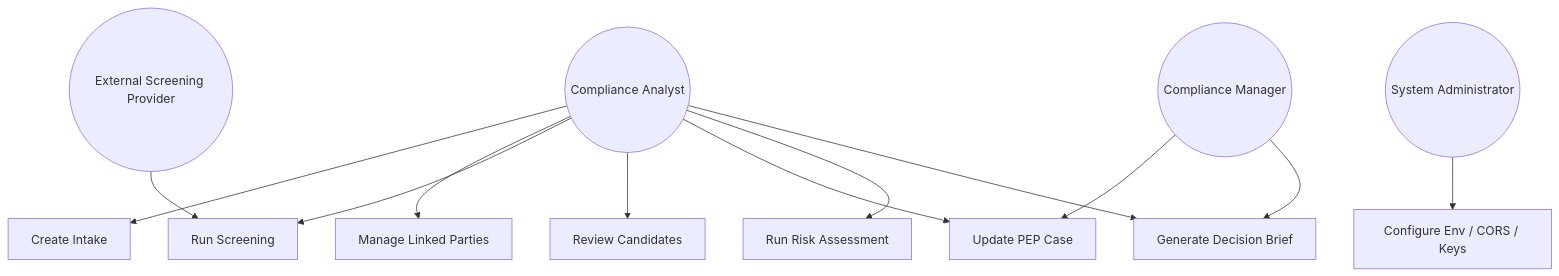
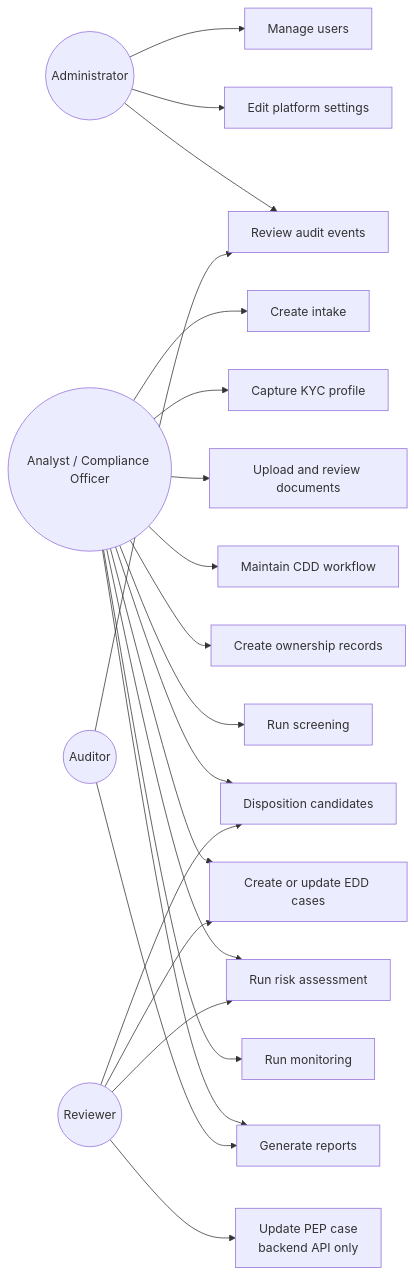
The fourth of 7 diagrams in docs/trustgate_prototype_document.md (njabulobc/trustgate1), drawn with Mermaid before and after one commit. The commit also changed other lines of this file and 5 other files, not shown here.

````diff
--- a/docs/trustgate_prototype_document.md
+++ b/docs/trustgate_prototype_document.md
@@ -386,16 +409,26 @@
 ```mermaid
-flowchart TB
-    Analyst((Compliance Analyst)) --> UC1[Create Intake]
-    Analyst --> UC2[Manage Linked Parties]
-    Analyst --> UC3[Run Screening]
-    Analyst --> UC4[Review Candidates]
-    Analyst --> UC5[Update PEP Case]
-    Analyst --> UC6[Run Risk Assessment]
-    Analyst --> UC7[Generate Decision Brief]
+flowchart LR
+    Admin((Administrator)) --> U1[Manage users]
+    Admin --> U2[Edit platform settings]
+    Admin --> U3[Review audit events]
 
-    Manager((Compliance Manager)) --> UC5
-    Manager --> UC7
+    Analyst((Analyst / Compliance Officer)) --> U4[Create intake]
+    Analyst --> U5[Capture KYC profile]
+    Analyst --> U6[Upload and review documents]
+    Analyst --> U7[Maintain CDD workflow]
+    Analyst --> U8[Create ownership records]
+    Analyst --> U9[Run screening]
+    Analyst --> U10[Disposition candidates]
+    Analyst --> U11[Create or update EDD cases]
+    Analyst --> U12[Run risk assessment]
+    Analyst --> U13[Run monitoring]
+    Analyst --> U14[Generate reports]
 
-    Provider((External Screening Provider)) --> UC3
-    Admin((System Administrator)) --> UC8[Configure Env / CORS / Keys]
+    Reviewer((Reviewer)) --> U10
+    Reviewer --> U11
+    Reviewer --> U12
+    Reviewer --> U15[Update PEP case<br/>backend API only]
+
+    Auditor((Auditor)) --> U3
+    Auditor --> U14
 ```
````
